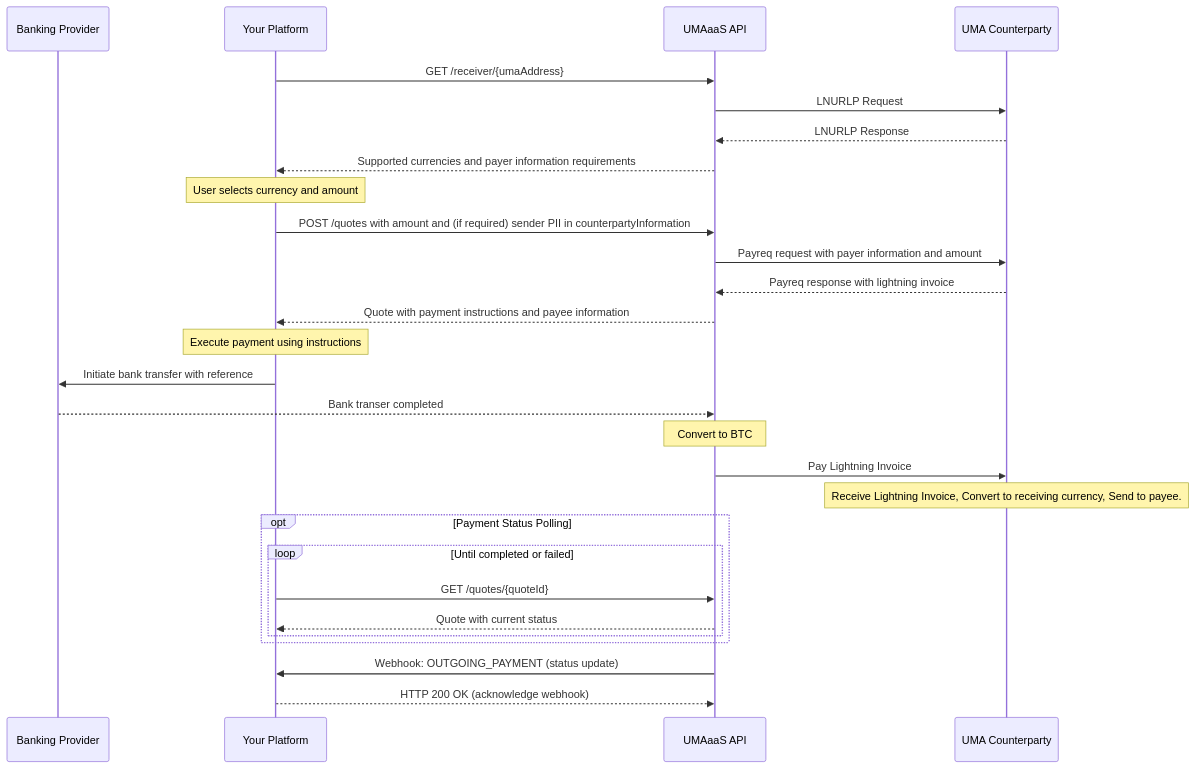
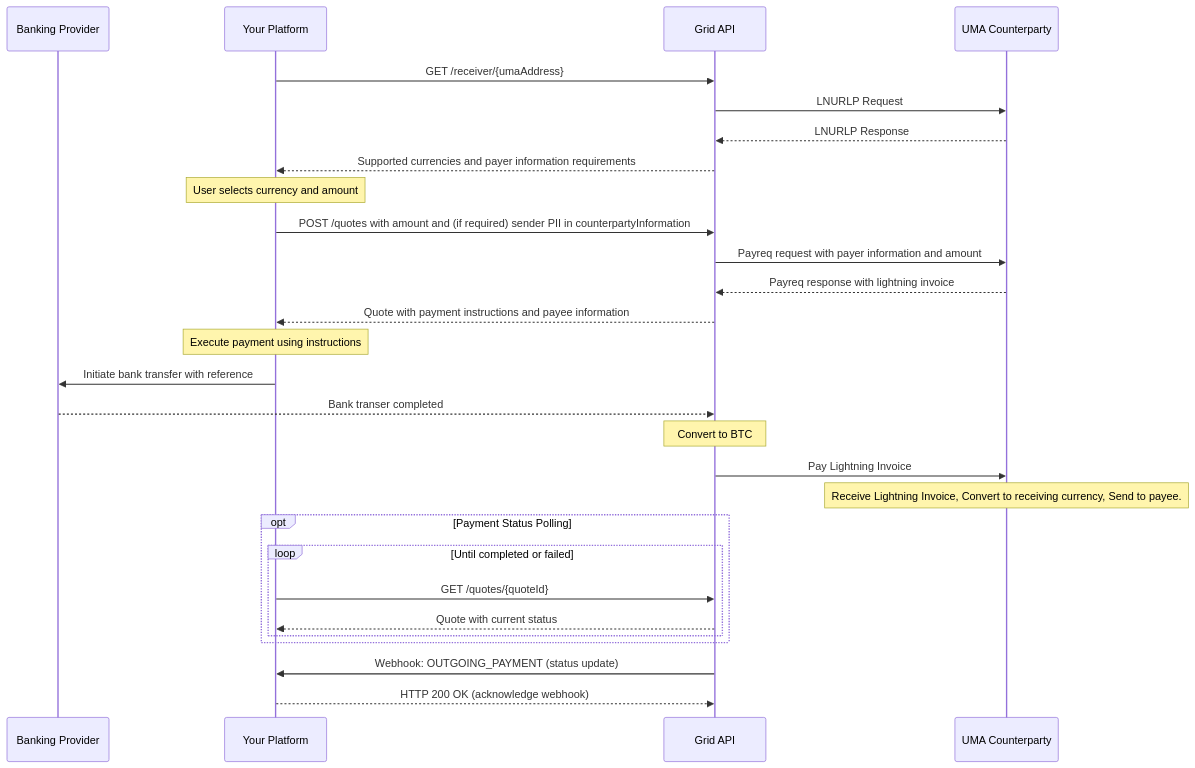
One commit to lightsparkdev/umaaas-api changed the second of 2 diagrams in mintlify/remittances/developer-guides/sending-payments.mdx. Above: the diagram before and after it, drawn with Mermaid. The commit also changed other lines of this file and 32 other files, not shown here.

````diff
--- a/mintlify/remittances/developer-guides/sending-payments.mdx
+++ b/mintlify/remittances/developer-guides/sending-payments.mdx
@@ -273,33 +273,33 @@
 ```mermaid
 sequenceDiagram
     participant Bank as Banking Provider
     participant Client as Your Platform
-    participant UMAaaS as UMAaaS API
+    participant Grid as Grid API
     participant Counterparty as UMA Counterparty
     
-    Client->>UMAaaS: GET /receiver/{umaAddress}
-    UMAaaS->>Counterparty: LNURLP Request
-    Counterparty-->>UMAaaS: LNURLP Response
-    UMAaaS-->>Client: Supported currencies and payer information requirements
+    Client->>Grid: GET /receiver/{umaAddress}
+    Grid->>Counterparty: LNURLP Request
+    Counterparty-->>Grid: LNURLP Response
+    Grid-->>Client: Supported currencies and payer information requirements
     Note over Client: User selects currency and amount
-    Client->>UMAaaS: POST /quotes with amount and (if required) sender PII in counterpartyInformation
-    UMAaaS->>Counterparty: Payreq request with payer information and amount
-    Counterparty-->>UMAaaS: Payreq response with lightning invoice
-    UMAaaS-->>Client: Quote with payment instructions and payee information
+    Client->>Grid: POST /quotes with amount and (if required) sender PII in counterpartyInformation
+    Grid->>Counterparty: Payreq request with payer information and amount
+    Counterparty-->>Grid: Payreq response with lightning invoice
+    Grid-->>Client: Quote with payment instructions and payee information
     Note over Client: Execute payment using instructions
     Client->>Bank: Initiate bank transfer with reference
-    Bank-->>UMAaaS: Bank transer completed
-    Note over UMAaaS: Convert to BTC
-    UMAaaS->>Counterparty: Pay Lightning Invoice
+    Bank-->>Grid: Bank transer completed
+    Note over Grid: Convert to BTC
+    Grid->>Counterparty: Pay Lightning Invoice
     Note over Counterparty: Receive Lightning Invoice, Convert to receiving currency, Send to payee.
     
     opt Payment Status Polling
         loop Until completed or failed
-            Client->>UMAaaS: GET /quotes/{quoteId}
-            UMAaaS-->>Client: Quote with current status
+            Client->>Grid: GET /quotes/{quoteId}
+            Grid-->>Client: Quote with current status
         end
     end
     
-    UMAaaS->>Client: Webhook: OUTGOING_PAYMENT (status update)
-    Client-->>UMAaaS: HTTP 200 OK (acknowledge webhook)
+    Grid->>Client: Webhook: OUTGOING_PAYMENT (status update)
+    Client-->>Grid: HTTP 200 OK (acknowledge webhook)
 ```
````
